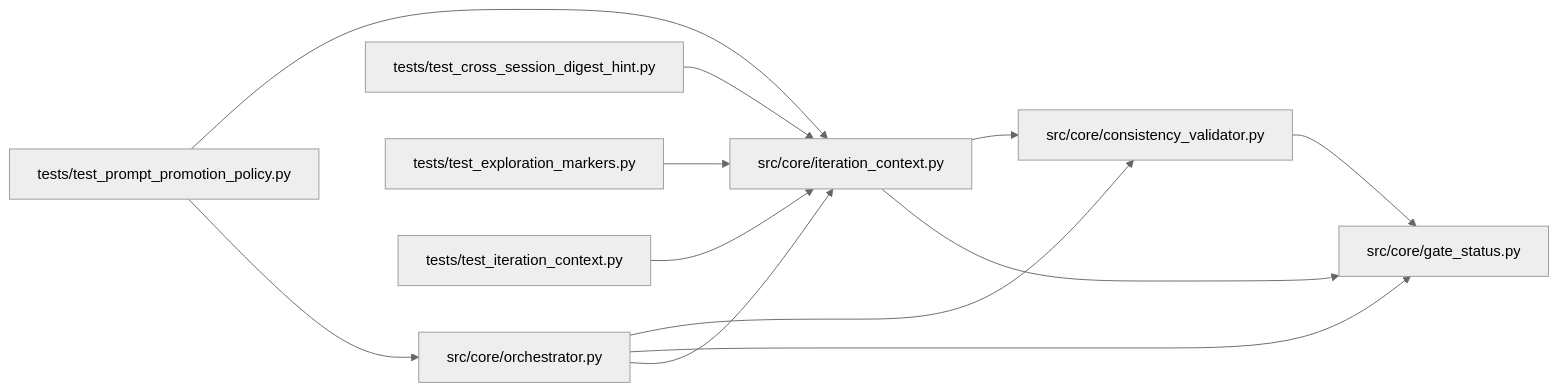
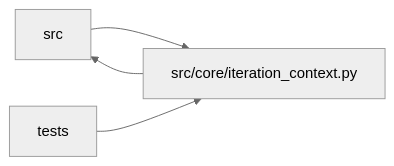
Before and after one commit to Denissvgn/autoresearch-agent: the diagram in docs/llm_wiki/modules/iteration_context.md, drawn with Mermaid (neutral theme). The commit also changed other lines of this file and 1033 other files, not shown here.

````diff
--- a/docs/llm_wiki/modules/iteration_context.md
+++ b/docs/llm_wiki/modules/iteration_context.md
@@ -25,30 +28,10 @@
 ```mermaid
 flowchart LR
-    n0["src/core/consistency_validator.py"]
-    n1["src/core/gate_status.py"]
-    n2["src/core/iteration_context.py"]
-    n3["src/core/orchestrator.py"]
-    n4["tests/test_cross_session_digest_hint.py"]
-    n5["tests/test_exploration_markers.py"]
-    n6["tests/test_iteration_context.py"]
-    n7["tests/test_prompt_promotion_policy.py"]
+    n0["src"]
+    n1["src/core/iteration_context.py"]
+    n2["tests"]
     n0 --> n1
-    n2 --> n0
+    n1 --> n0
     n2 --> n1
-    n3 --> n0
-    n3 --> n1
-    n3 --> n2
-    n4 --> n2
-    n5 --> n2
-    n6 --> n2
-    n7 --> n2
-    n7 --> n3
-    click n0 "../modules/consistency_validator.md"
-    click n1 "../modules/gate_status.md"
-    click n2 "../modules/iteration_context.md"
-    click n3 "../modules/orchestrator.md"
-    click n4 "../modules/test_cross_session_digest_hint.md"
-    click n5 "../modules/test_exploration_markers.md"
-    click n6 "../modules/test_iteration_context.md"
-    click n7 "../modules/test_prompt_promotion_policy.md"
+    click n1 "../modules/iteration_context.md"
 ```
````
